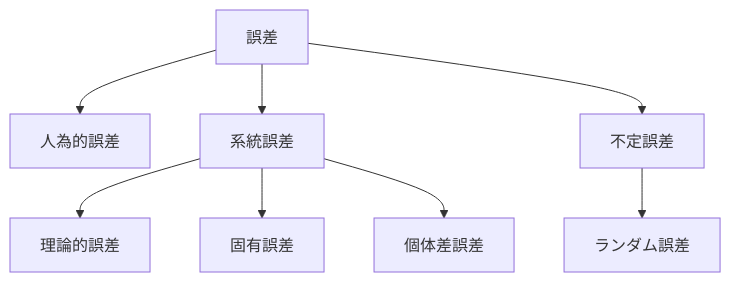
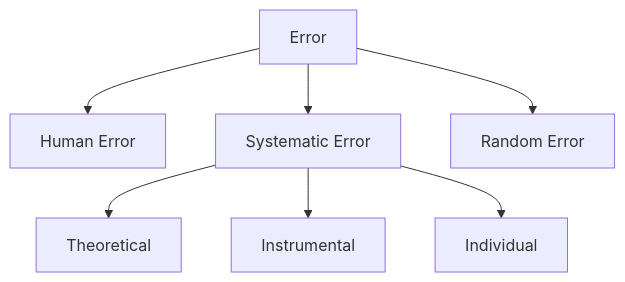
One commit to fit-ime-cao/keisoku-kogaku changed the diagram in docs/weeks/week-02.md. Above: the diagram before and after it, drawn with Mermaid. The commit also changed 1 other file, not shown here.

Commit message:
Fix Mermaid syntax: use English labels

````diff
--- a/docs/weeks/week-02.md
+++ b/docs/weeks/week-02.md
@@ -26,12 +26,9 @@
 ```mermaid
 graph TD
-    A[誤差] --> B[人為的誤差]
-    A --> C[系統誤差]
-    A --> D[不定誤差]
-    
-    C --> E[理論的誤差]
-    C --> F[固有誤差]
-    C --> G[個体差誤差]
-    
-    D --> H[ランダム誤差]
+    A[Error] --> B[Human Error]
+    A --> C[Systematic Error]
+    A --> D[Random Error]
+    C --> E[Theoretical]
+    C --> F[Instrumental]
+    C --> G[Individual]
 ```
````
